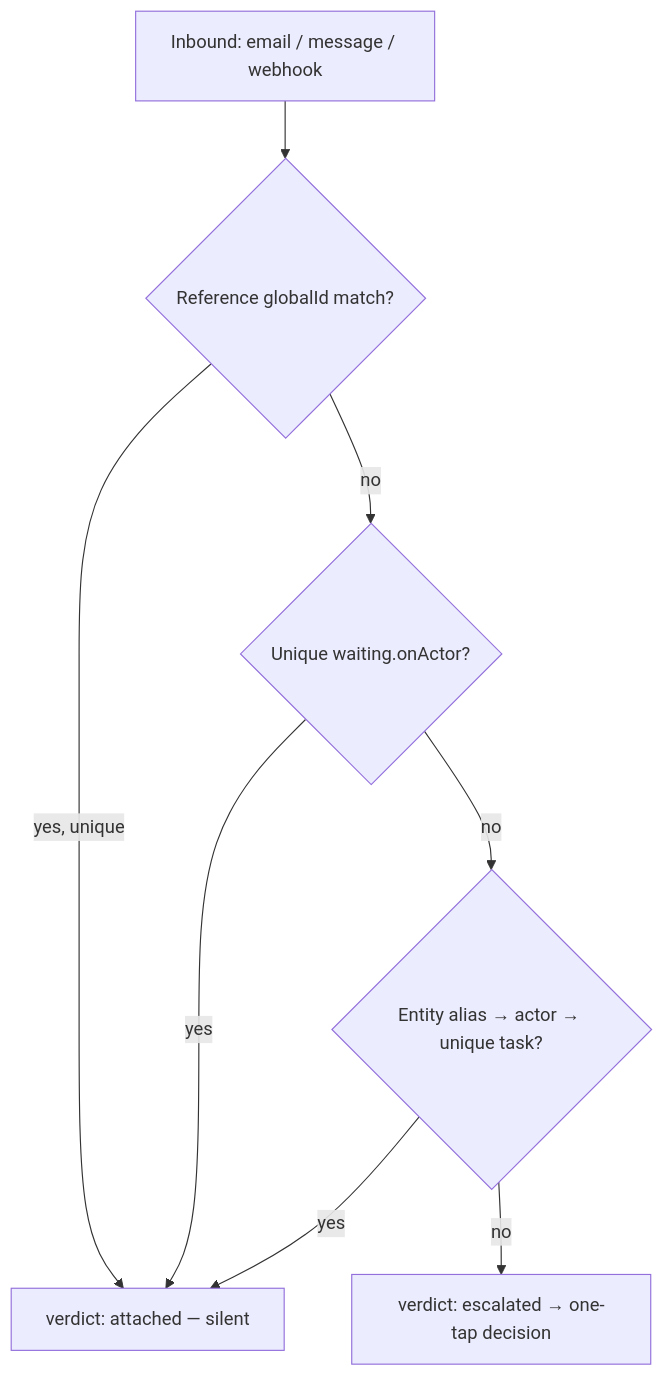
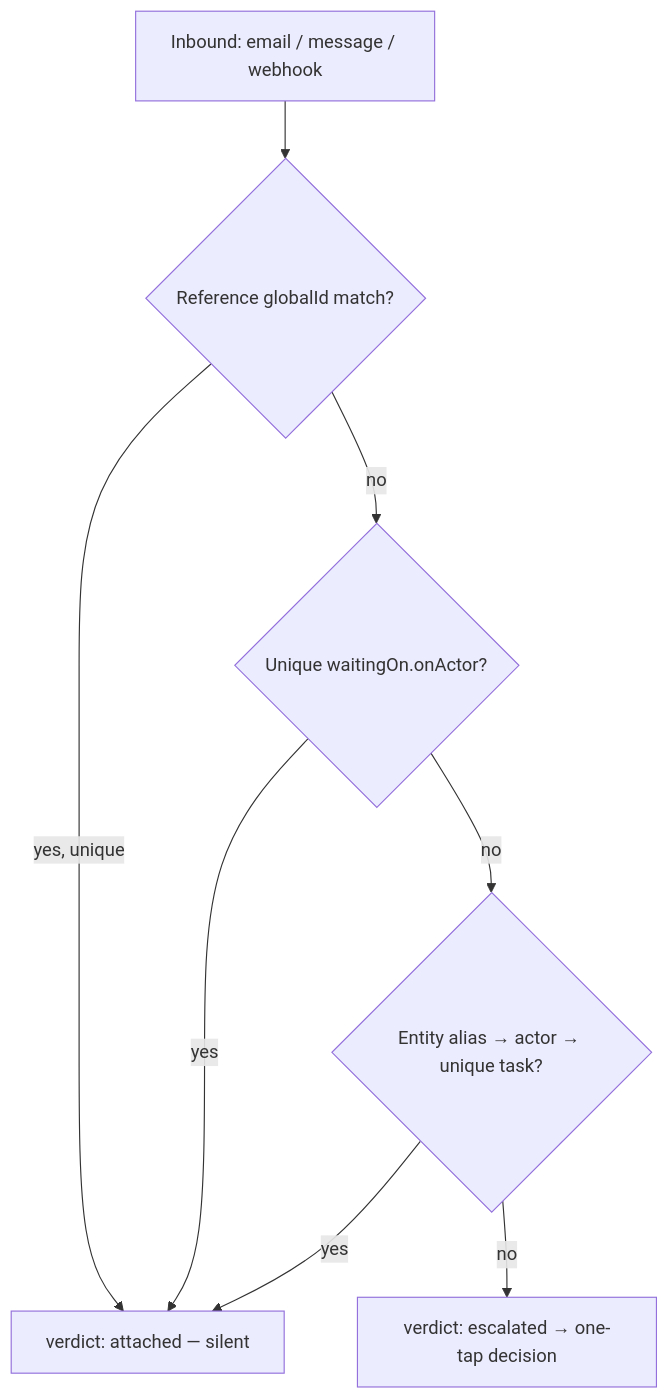
One commit to mattsilv/human-inbox-protocol changed the second of 2 diagrams in docs/spec.md. Above: the diagram before and after it, drawn with Mermaid. The commit also changed other lines of this file and 17 other files, not shown here.

First line of the commit message:
refactor(schema): rename Task field `waiting` → `waitingOn` (#2)

````diff
--- a/docs/spec.md
+++ b/docs/spec.md
@@ -136,10 +136,10 @@
 ```mermaid
 flowchart TD
     I[Inbound: email / message / webhook] --> L{Reference globalId match?}
     L -->|yes, unique| A[verdict: attached — silent]
-    L -->|no| W{Unique waiting.onActor?}
+    L -->|no| W{Unique waitingOn.onActor?}
     W -->|yes| A
     W -->|no| E{Entity alias → actor → unique task?}
     E -->|yes| A
     E -->|no| ESC["verdict: escalated → one-tap decision"]
 ```
````
